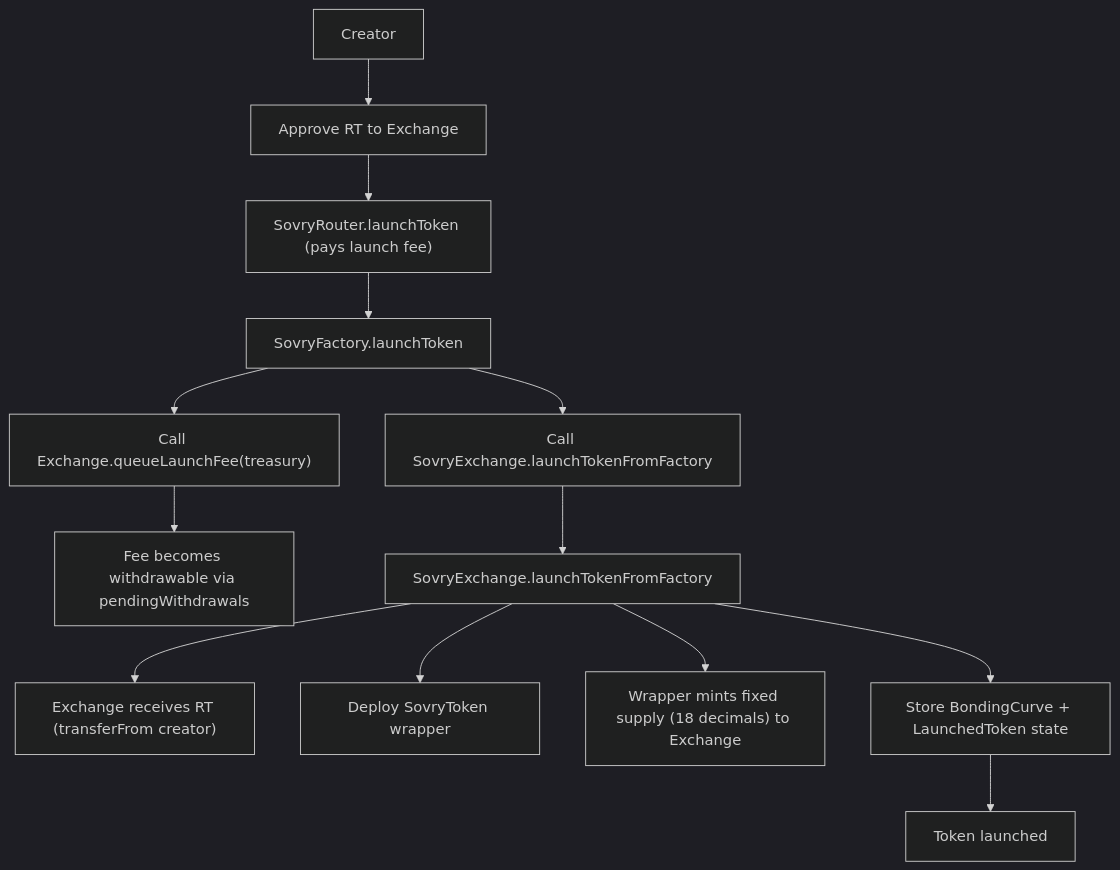
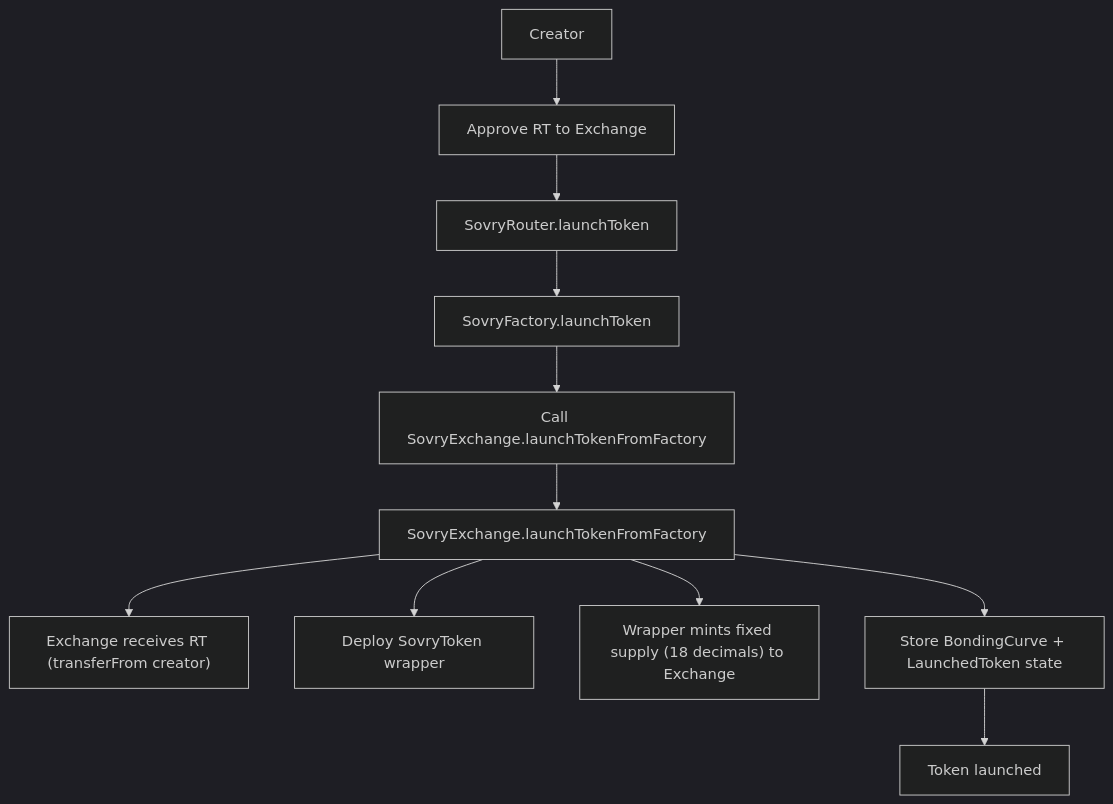
The second of 8 diagrams in docs/contracts-flow.md (E1eng/Sovry), drawn with Mermaid (dark theme) before and after one commit. The commit also changed other lines of this file and 5 other files, not shown here.

Commit message:
remove fee launch

````diff
--- a/docs/contracts-flow.md
+++ b/docs/contracts-flow.md
@@ -86,15 +85,13 @@
 ```mermaid
 graph TD;
     C["Creator"] --> A1["Approve RT to Exchange"];
-    A1 --> RL["SovryRouter.launchToken (pays launch fee)"];
+    A1 --> RL["SovryRouter.launchToken"];
     RL --> FL["SovryFactory.launchToken"];
-    FL --> A2["Call Exchange.queueLaunchFee(treasury)"];
-    A2 --> TREAS["Fee becomes withdrawable via pendingWithdrawals"];
     FL --> A3["Call SovryExchange.launchTokenFromFactory"];
     A3 --> XLF["SovryExchange.launchTokenFromFactory"];
     XLF --> XRT["Exchange receives RT (transferFrom creator)"];
     XLF --> WNEW["Deploy SovryToken wrapper"];
     XLF --> WMINT["Wrapper mints fixed supply (18 decimals) to Exchange"];
     XLF --> CURVE["Store BondingCurve + LaunchedToken state"];
     CURVE --> DONE["Token launched"];
 ```
````
